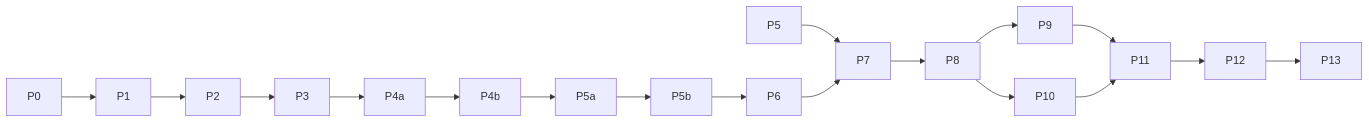
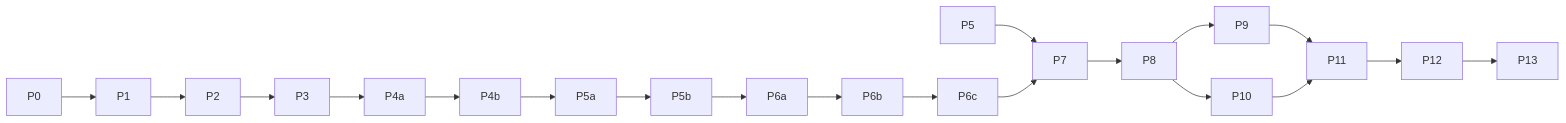
Before and after one commit to sukruertem-dev/Runvara-CRM: the diagram in docs/phase-plan.md, drawn with Mermaid. The commit also changed other lines of this file and 107 other files, not shown here.

````diff
--- a/docs/phase-plan.md
+++ b/docs/phase-plan.md
@@ -29,11 +31,11 @@
 ```mermaid
 flowchart LR
-  P0 --> P1 --> P2 --> P3 --> P4a --> P4b --> P5a --> P5b --> P6
+  P0 --> P1 --> P2 --> P3 --> P4a --> P4b --> P5a --> P5b --> P6a --> P6b --> P6c
   P5 --> P7
-  P6 --> P7 --> P8
+  P6c --> P7 --> P8
   P8 --> P9
   P8 --> P10
   P9 --> P11
   P10 --> P11
   P11 --> P12 --> P13
 ```
````
